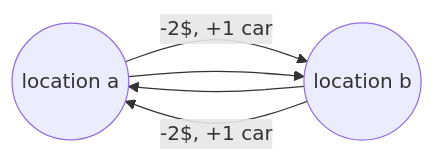
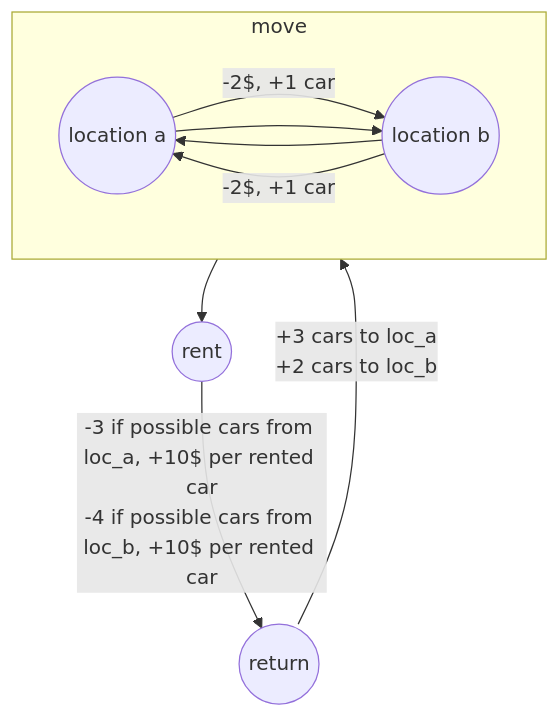
One commit to lucasfth/introduction-to-artificial-intelligence changed the diagram in week_5/luha.md. Above: the diagram before and after it, drawn with Mermaid. The commit also changed other lines of this file, not shown here.

Commit message:
Small changes to luha assignment

````diff
--- a/week_5/luha.md
+++ b/week_5/luha.md
@@ -26,7 +26,14 @@
 ```mermaid
-flowchart LR
-  a((location a)) -- -2$, +1 car --> b((location b))
-  a --> b
-  b --> a
-  b -- -2$, +1 car --> a
+flowchart TD
+  ren((rent)) -- -3 if possible cars from loc_a, +10$ per rented car\n-4 if possible cars from loc_b, +10$ per rented car --> ret((return))
+  ret -- +3 cars to loc_a\n+2 cars to loc_b --> move
+  move --> ren
+
+  subgraph move
+    direction LR
+    a((location a)) -- -2$, +1 car --> b((location b))
+    a --> b
+    b --> a
+    b -- -2$, +1 car --> a
+  end
 ```
````
